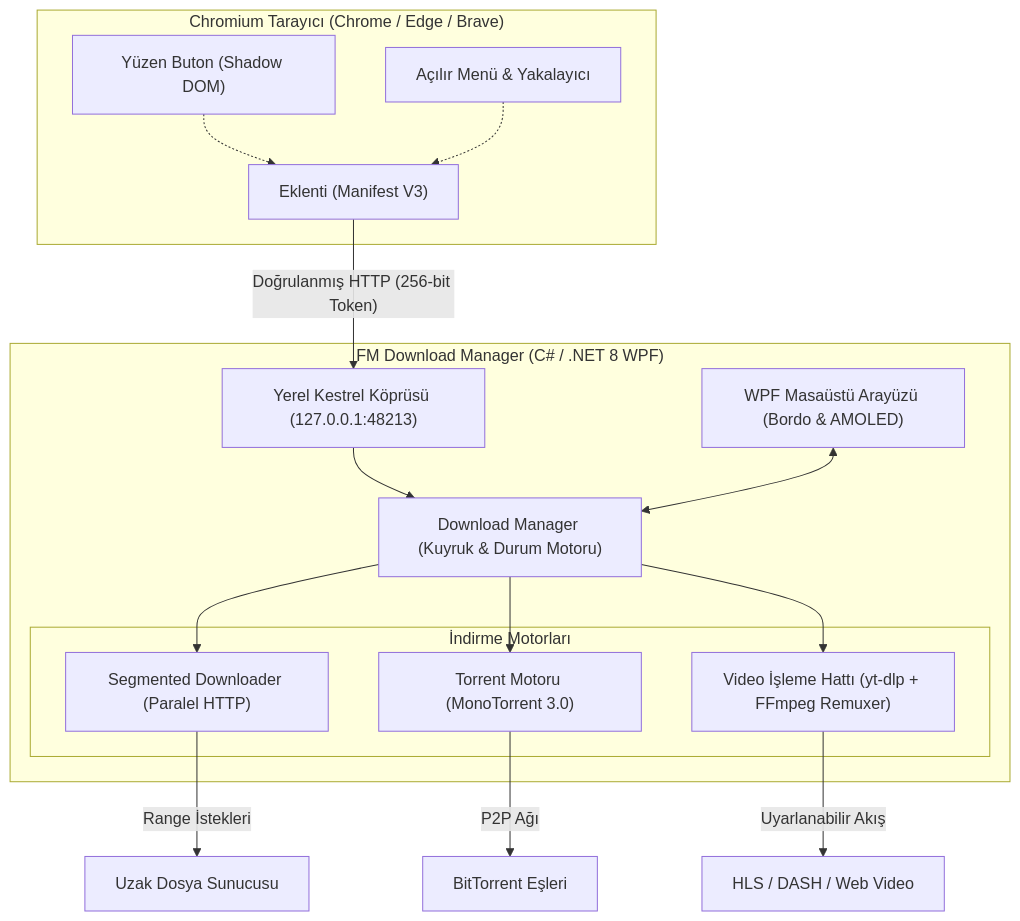
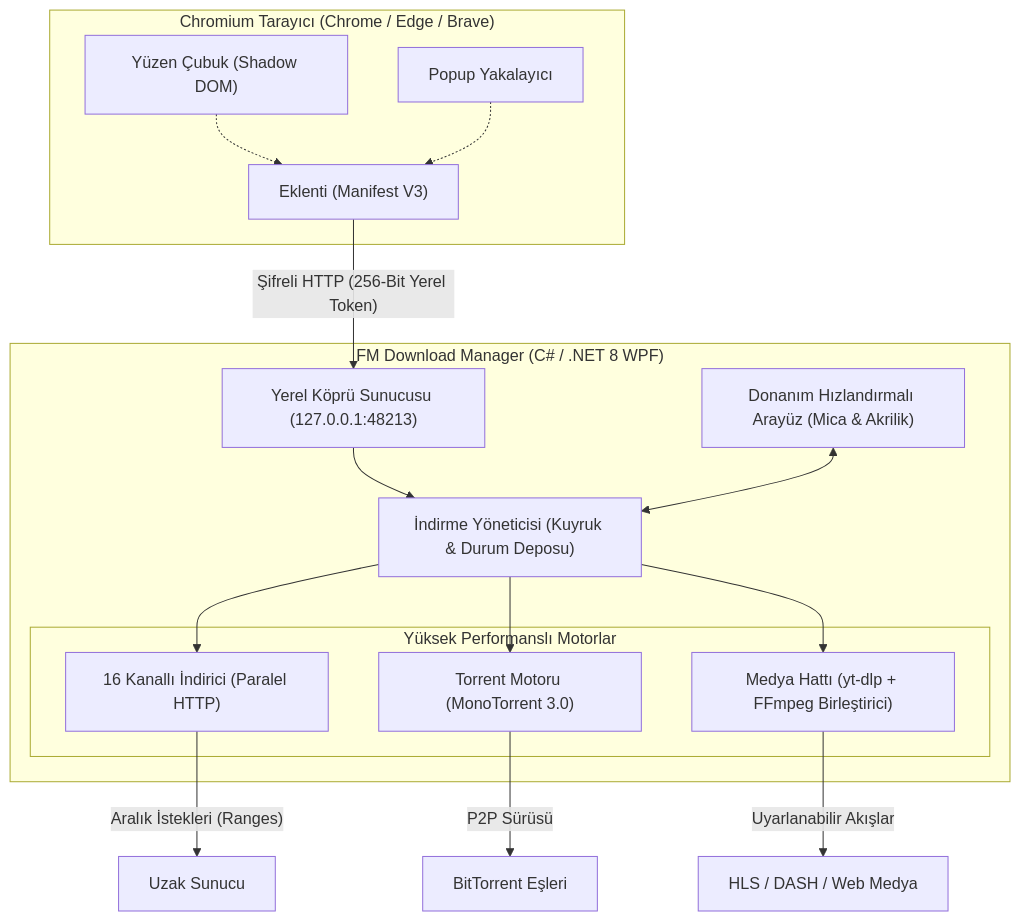
The diagram in README.tr.md (Ferdi-krbk/fm-download-manager), drawn with Mermaid before and after one commit. The commit also changed other lines of this file and 5 other files, not shown here.

````diff
--- a/README.tr.md
+++ b/README.tr.md
@@ -168,32 +202,32 @@
 ```mermaid
 flowchart TD
     subgraph Browser["Chromium Tarayıcı (Chrome / Edge / Brave)"]
         EXT["Eklenti (Manifest V3)"]
-        BAR["Yüzen Buton (Shadow DOM)"]
-        POP["Açılır Menü & Yakalayıcı"]
+        BAR["Yüzen Çubuk (Shadow DOM)"]
+        POP["Popup Yakalayıcı"]
     end
 
     subgraph Desktop["FM Download Manager (C# / .NET 8 WPF)"]
-        UI["WPF Masaüstü Arayüzü (Bordo & AMOLED)"]
-        BRIDGE["Yerel Kestrel Köprüsü (127.0.0.1:48213)"]
-        MGR["Download Manager (Kuyruk & Durum Motoru)"]
+        UI["Donanım Hızlandırmalı Arayüz (Mica & Akrilik)"]
+        BRIDGE["Yerel Köprü Sunucusu (127.0.0.1:48213)"]
+        MGR["İndirme Yöneticisi (Kuyruk & Durum Deposu)"]
         
-        subgraph Engines["İndirme Motorları"]
-            SEG["Segmented Downloader (Paralel HTTP)"]
+        subgraph Engines["Yüksek Performanslı Motorlar"]
+            SEG["16 Kanallı İndirici (Paralel HTTP)"]
             TOR["Torrent Motoru (MonoTorrent 3.0)"]
-            VID["Video İşleme Hattı (yt-dlp + FFmpeg Remuxer)"]
+            VID["Medya Hattı (yt-dlp + FFmpeg Birleştirici)"]
         end
     end
 
-    EXT -- "Doğrulanmış HTTP (256-bit Token)" --> BRIDGE
+    EXT -- "Şifreli HTTP (256-Bit Yerel Token)" --> BRIDGE
     BAR -.-> EXT
     POP -.-> EXT
     BRIDGE --> MGR
     UI <--> MGR
     MGR --> SEG
     MGR --> TOR
     MGR --> VID
-    SEG -- "Range İstekleri" --> WebServer["Uzak Dosya Sunucusu"]
-    TOR -- "P2P Ağı" --> P2P["BitTorrent Eşleri"]
-    VID -- "Uyarlanabilir Akış" --> MediaHost["HLS / DASH / Web Video"]
+    SEG -- "Aralık İstekleri (Ranges)" --> WebServer["Uzak Sunucu"]
+    TOR -- "P2P Sürüsü" --> P2P["BitTorrent Eşleri"]
+    VID -- "Uyarlanabilir Akışlar" --> MediaHost["HLS / DASH / Web Medya"]
 ```
````
